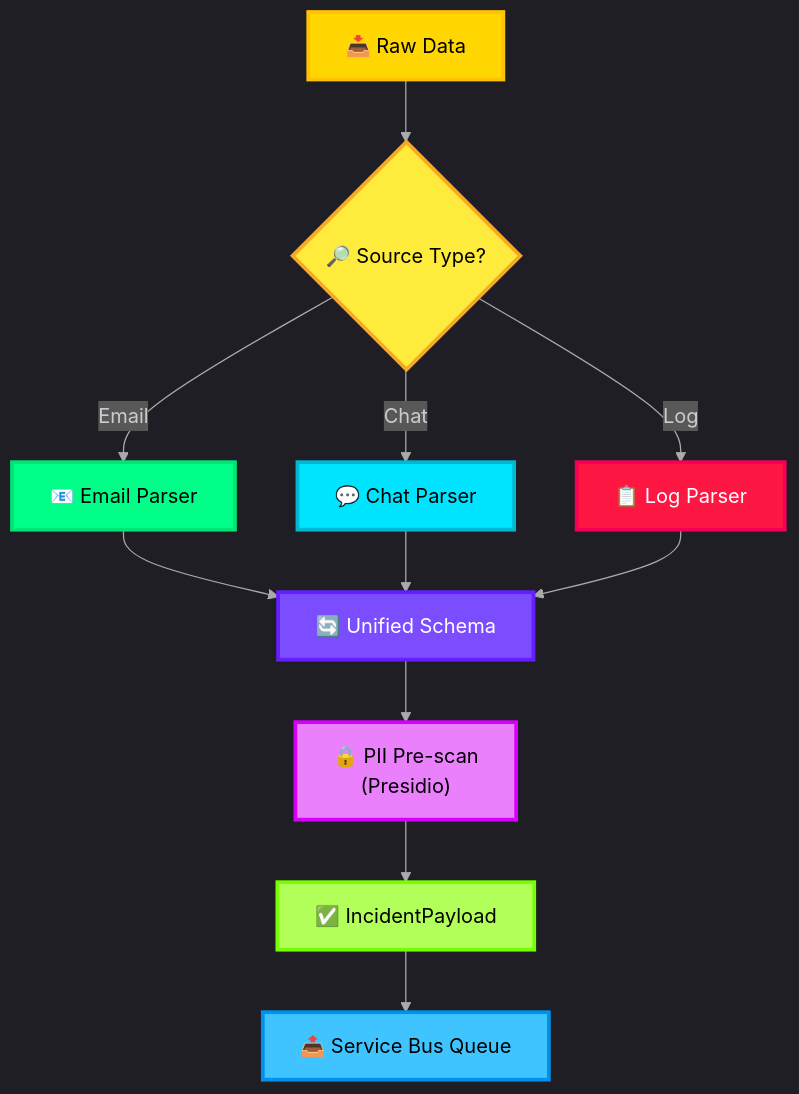
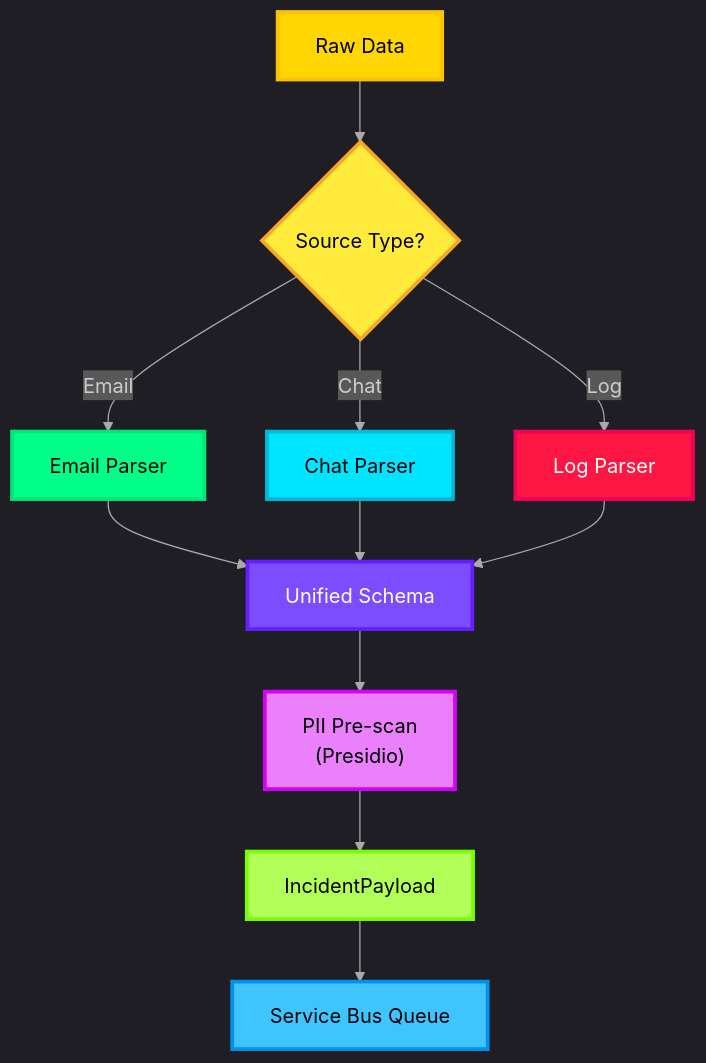
Before and after one commit to thanhauco/agentic-ai-icm-system: the diagram in docs/01-input-layer.md, drawn with Mermaid. The commit also changed 1 other file, not shown here.

Commit message:
docs: Add initial documentation for all major system components of the agentic AI ICM system.

````diff
--- a/docs/01-input-layer.md
+++ b/docs/01-input-layer.md
@@ -9,22 +9,22 @@
 ```mermaid
 %%{init: {'theme': 'dark', 'themeVariables': {'lineColor': '#AAAAAA'}}}%%
 graph TD
-    A["📥 Raw Data"] --> B{"🔎 Source Type?"}
-    B -->|Email| C["📧 Email Parser"]
-    B -->|Chat| D["💬 Chat Parser"]
-    B -->|Log| E["📋 Log Parser"]
-    C & D & E --> F["🔄 Unified Schema"]
-    F --> G["🔒 PII Pre-scan<br>(Presidio)"]
-    G --> H["✅ IncidentPayload"]
-    H --> I["📤 Service Bus Queue"]
+ A["Raw Data"] --> B{"Source Type?"}
+ B -->|Email| C["Email Parser"]
+ B -->|Chat| D["Chat Parser"]
+ B -->|Log| E["Log Parser"]
+ C & D & E --> F["Unified Schema"]
+ F --> G["PII Pre-scan<br>(Presidio)"]
+ G --> H["IncidentPayload"]
+ H --> I["Service Bus Queue"]
 
-    style A fill:#FFD600,stroke:#FFC107,stroke-width:3px,color:#000
-    style B fill:#FFEB3B,stroke:#F9A825,stroke-width:3px,color:#000
-    style C fill:#00FF88,stroke:#00E676,stroke-width:3px,color:#000
-    style D fill:#00E5FF,stroke:#00B8D4,stroke-width:3px,color:#000
-    style E fill:#FF1744,stroke:#F50057,stroke-width:3px,color:#fff
-    style F fill:#7C4DFF,stroke:#651FFF,stroke-width:3px,color:#fff
-    style G fill:#EA80FC,stroke:#D500F9,stroke-width:3px,color:#000
-    style H fill:#B2FF59,stroke:#76FF03,stroke-width:3px,color:#000
-    style I fill:#40C4FF,stroke:#0091EA,stroke-width:3px,color:#000
+ style A fill:#FFD600,stroke:#FFC107,stroke-width:3px,color:#000
+ style B fill:#FFEB3B,stroke:#F9A825,stroke-width:3px,color:#000
+ style C fill:#00FF88,stroke:#00E676,stroke-width:3px,color:#000
+ style D fill:#00E5FF,stroke:#00B8D4,stroke-width:3px,color:#000
+ style E fill:#FF1744,stroke:#F50057,stroke-width:3px,color:#fff
+ style F fill:#7C4DFF,stroke:#651FFF,stroke-width:3px,color:#fff
+ style G fill:#EA80FC,stroke:#D500F9,stroke-width:3px,color:#000
+ style H fill:#B2FF59,stroke:#76FF03,stroke-width:3px,color:#000
+ style I fill:#40C4FF,stroke:#0091EA,stroke-width:3px,color:#000
 ```
````
